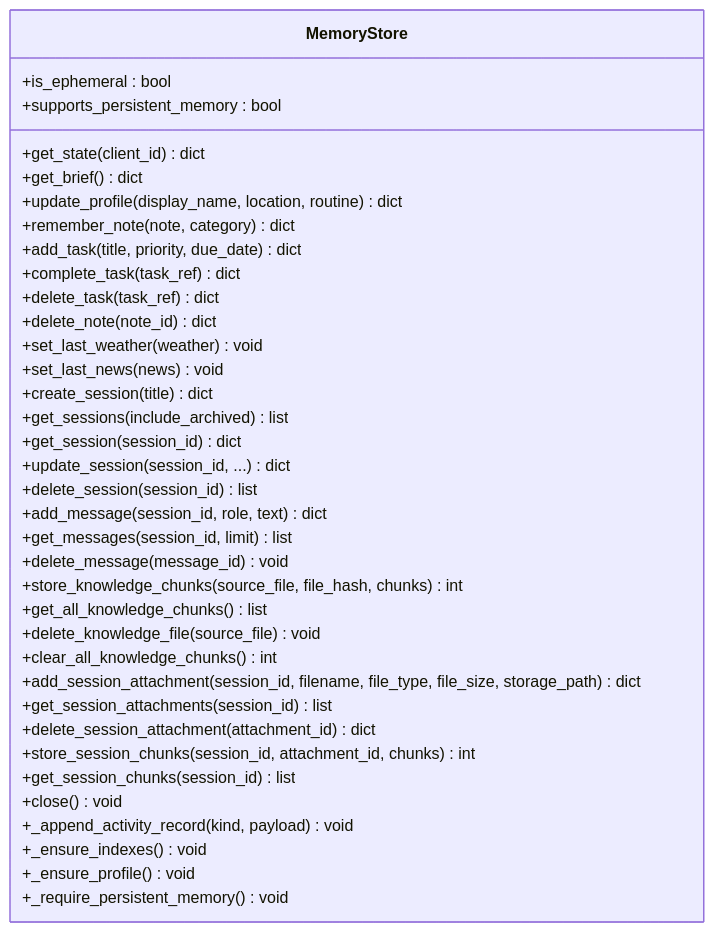
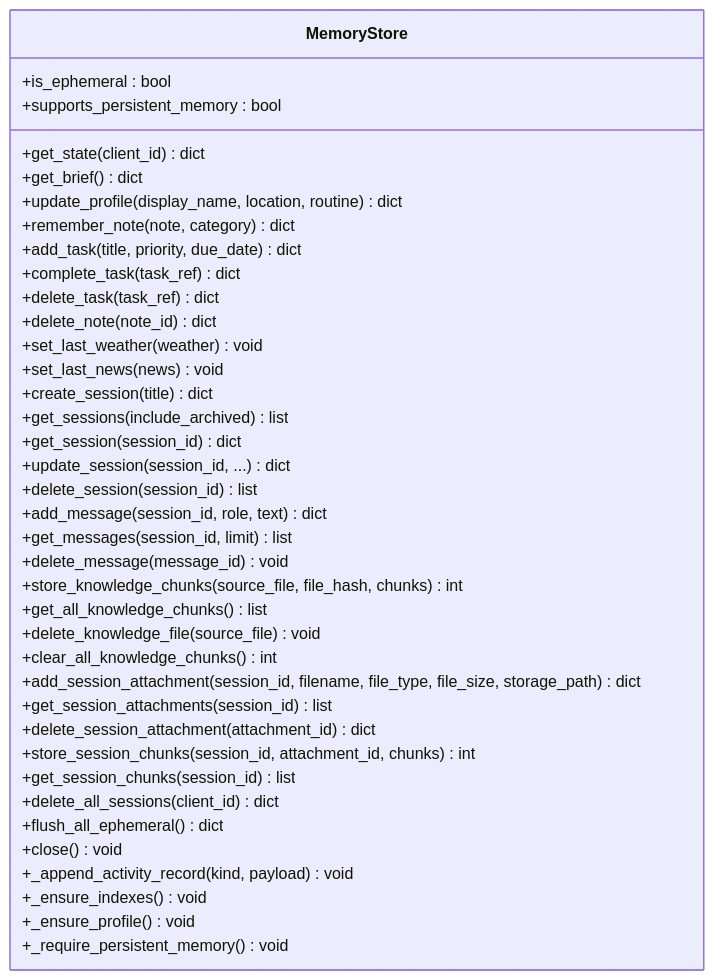
The third of 11 diagrams in .qoder/repowiki/en/content/Backend Components/AI Assistant Engine/Memory Integration and Data Persistence.md (Sovetsky-Soyuz/AI-Assistant), drawn with Mermaid before and after one commit. The commit also changed other lines of this file and 15 other files, not shown here.

````diff
--- a/.qoder/repowiki/en/content/Backend Components/AI Assistant Engine/Memory Integration and Data Persistence.md
+++ b/.qoder/repowiki/en/content/Backend Components/AI Assistant Engine/Memory Integration and Data Persistence.md
@@ -177,39 +196,41 @@
 ```mermaid
 classDiagram
 class MemoryStore {
 +is_ephemeral : bool
 +supports_persistent_memory : bool
 +get_state(client_id) dict
 +get_brief() dict
 +update_profile(display_name, location, routine) dict
 +remember_note(note, category) dict
 +add_task(title, priority, due_date) dict
 +complete_task(task_ref) dict
 +delete_task(task_ref) dict
 +delete_note(note_id) dict
 +set_last_weather(weather) void
 +set_last_news(news) void
 +create_session(title) dict
 +get_sessions(include_archived) list
 +get_session(session_id) dict
 +update_session(session_id, ...) dict
 +delete_session(session_id) list
 +add_message(session_id, role, text) dict
 +get_messages(session_id, limit) list
 +delete_message(message_id) void
 +store_knowledge_chunks(source_file, file_hash, chunks) int
 +get_all_knowledge_chunks() list
 +delete_knowledge_file(source_file) void
 +clear_all_knowledge_chunks() int
 +add_session_attachment(session_id, filename, file_type, file_size, storage_path) dict
 +get_session_attachments(session_id) list
 +delete_session_attachment(attachment_id) dict
 +store_session_chunks(session_id, attachment_id, chunks) int
 +get_session_chunks(session_id) list
++delete_all_sessions(client_id) dict
++flush_all_ephemeral() dict
 +close() void
 +_append_activity_record(kind, payload) void
 +_ensure_indexes() void
 +_ensure_profile() void
 +_require_persistent_memory() void
 }
 ```
````
